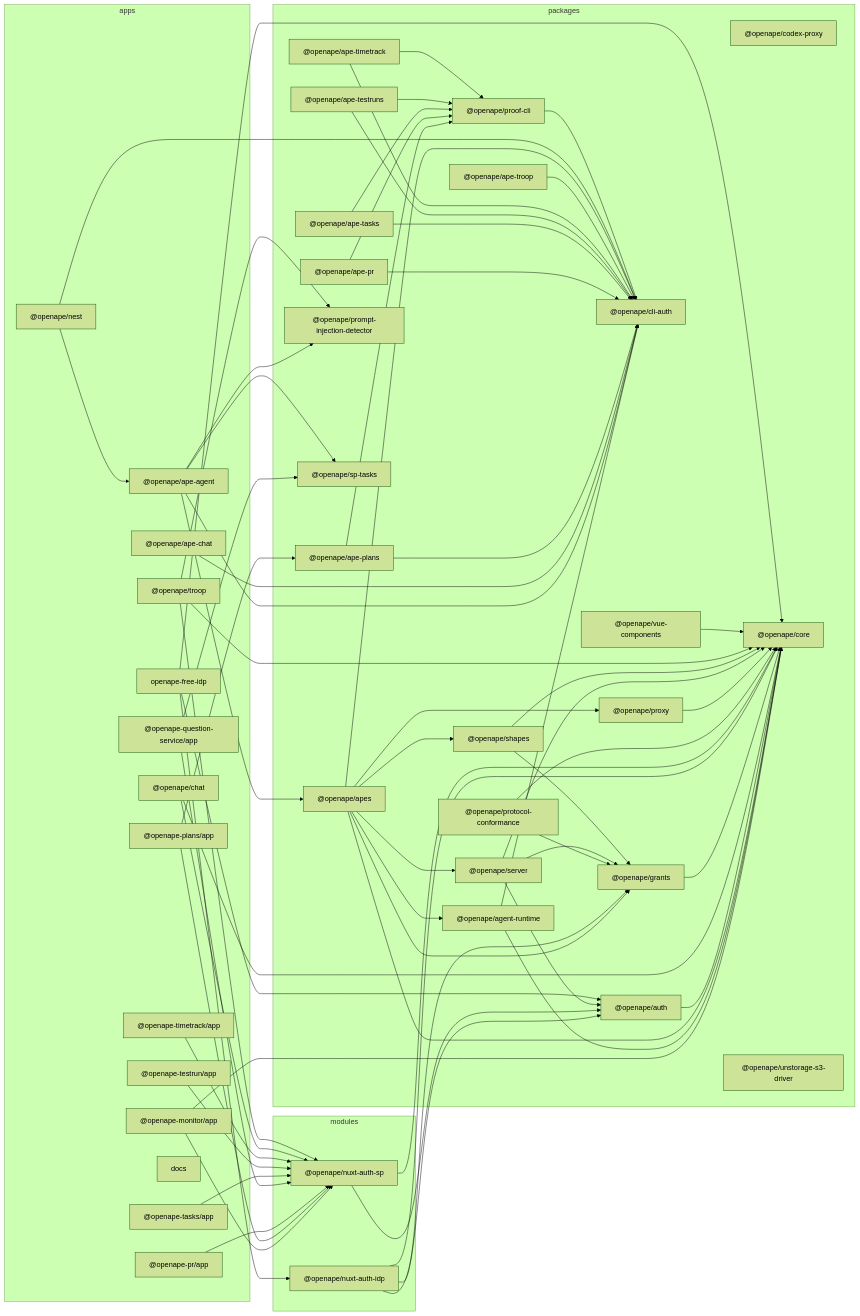
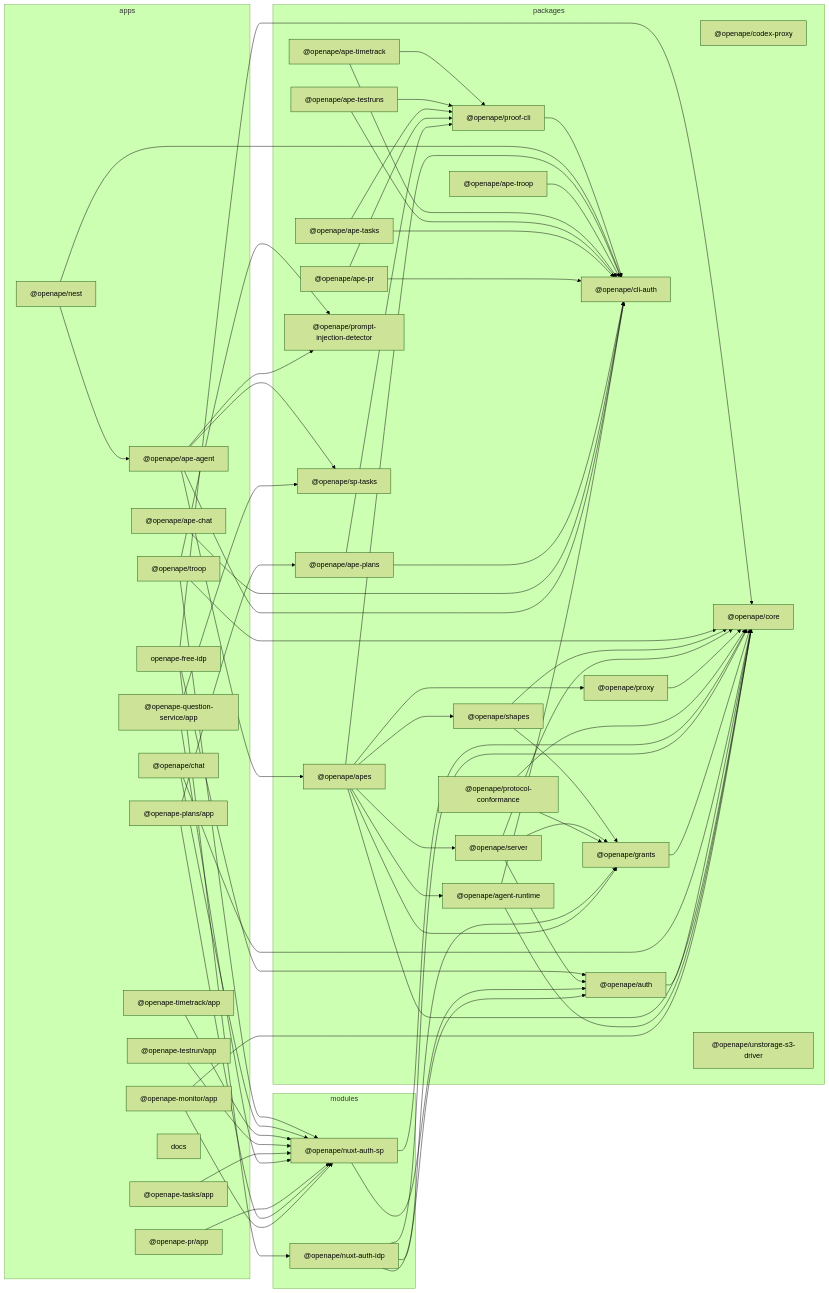
The diagram in docs/architecture/dependency-graph.md (openape-ai/openape), drawn with Mermaid (forest theme) before and after one commit. The commit also changed 22 other files, not shown here.

First line of the commit message:
chore: remove packages/vue-components, deprecated on npm

```diff
--- a/docs/architecture/dependency-graph.md
+++ b/docs/architecture/dependency-graph.md
@@ -27,7 +27,6 @@
     _openape_shapes["@openape/shapes"]
     _openape_sp_tasks["@openape/sp-tasks"]
     _openape_unstorage_s3_driver["@openape/unstorage-s3-driver"]
-    _openape_vue_components["@openape/vue-components"]
   end
   subgraph modules
     _openape_nuxt_auth_idp["@openape/nuxt-auth-idp"]
@@ -107,7 +106,6 @@
   _openape_troop --> _openape_core
   _openape_troop --> _openape_nuxt_auth_sp
   _openape_troop --> _openape_prompt_injection_detector
-  _openape_vue_components --> _openape_core
   openape_free_idp --> _openape_auth
   openape_free_idp --> _openape_core
   openape_free_idp --> _openape_nuxt_auth_idp
```
